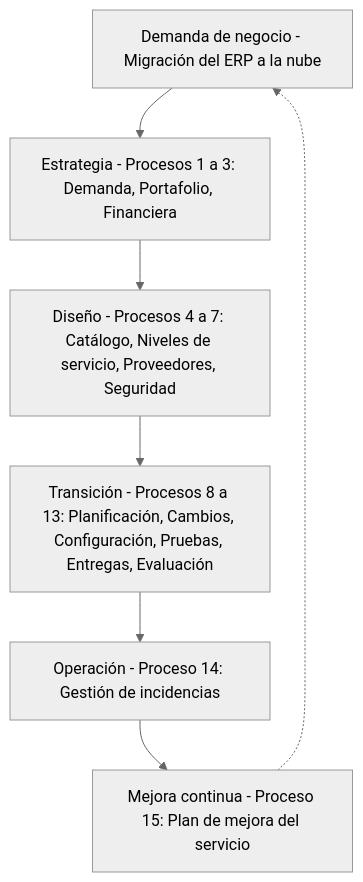
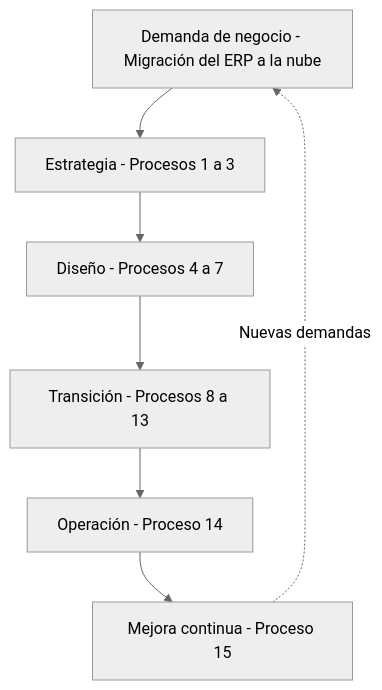
One commit to AlejoTechEngineer/itil-v3-cambios-evolutivos-pyme changed the first of 2 diagrams in README.md. Above: the diagram before and after it, drawn with Mermaid (neutral theme). The commit also changed other lines of this file, not shown here.

Commit message:
docs: rediseña README con badges, tablas y diagramas

````diff
--- a/README.md
+++ b/README.md
@@ -18,9 +106,9 @@
 ```mermaid
 flowchart TD
-    A["Demanda de negocio - Migración del ERP a la nube"] --> B["Estrategia - Procesos 1 a 3: Demanda, Portafolio, Financiera"]
-    B --> C["Diseño - Procesos 4 a 7: Catálogo, Niveles de servicio, Proveedores, Seguridad"]
-    C --> D["Transición - Procesos 8 a 13: Planificación, Cambios, Configuración, Pruebas, Entregas, Evaluación"]
-    D --> E["Operación - Proceso 14: Gestión de incidencias"]
-    E --> F["Mejora continua - Proceso 15: Plan de mejora del servicio"]
-    F -.-> A
+    A[Demanda de negocio - Migración del ERP a la nube] --> B[Estrategia - Procesos 1 a 3]
+    B --> C[Diseño - Procesos 4 a 7]
+    C --> D[Transición - Procesos 8 a 13]
+    D --> E[Operación - Proceso 14]
+    E --> F[Mejora continua - Proceso 15]
+    F -.->|Nuevas demandas| A
 ```
````
